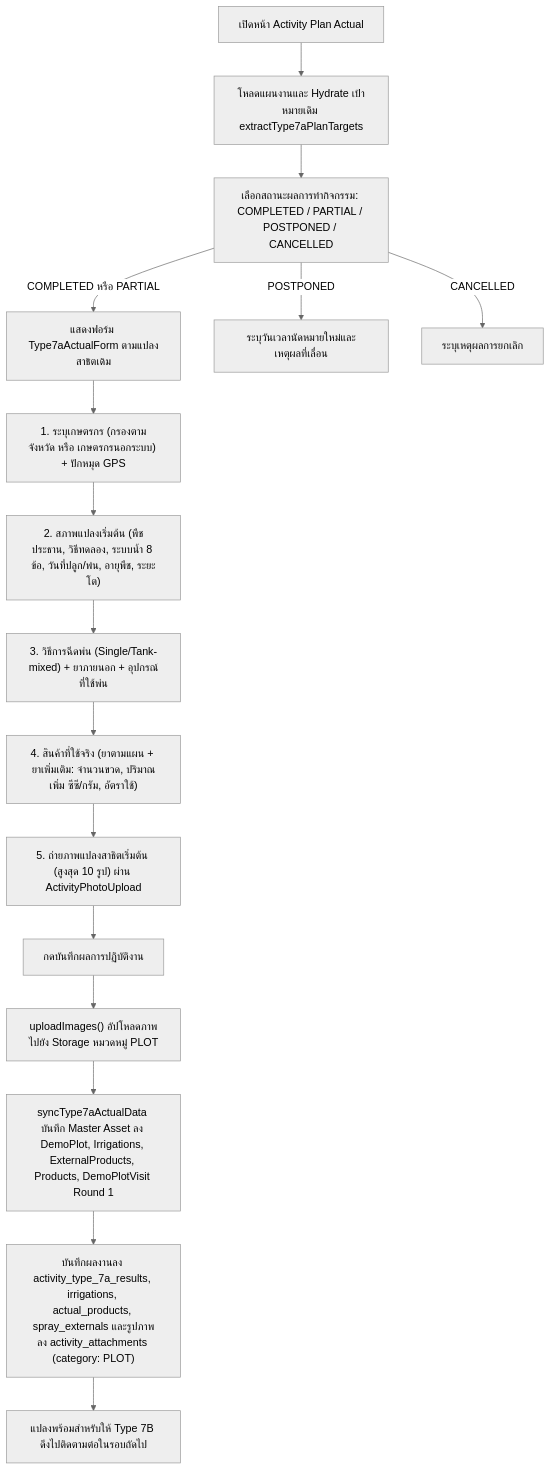
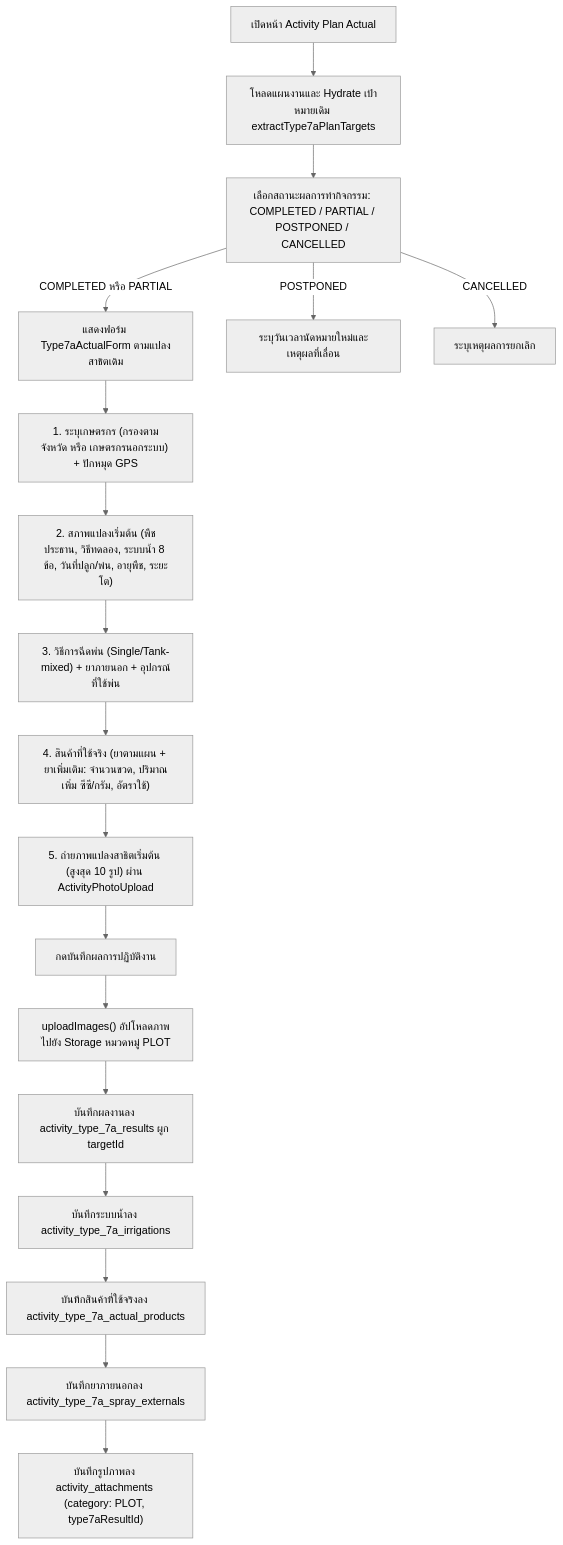
Before and after one commit to bankhk10/crm-bank: the second of 4 diagrams in modules/activity/features/type-7a/README.md, drawn with Mermaid (neutral theme). The commit also changed other lines of this file and 39 other files, not shown here.

````diff
--- a/modules/activity/features/type-7a/README.md
+++ b/modules/activity/features/type-7a/README.md
@@ -80,18 +82,20 @@
 ```mermaid
 graph TD
     A["เปิดหน้า Activity Plan Actual"] --> B["โหลดแผนงานและ Hydrate เป้าหมายเดิม extractType7aPlanTargets"]
     B --> C["เลือกสถานะผลการทำกิจกรรม: COMPLETED / PARTIAL / POSTPONED / CANCELLED"]
     C -->|"COMPLETED หรือ PARTIAL"| D["แสดงฟอร์ม Type7aActualForm ตามแปลงสาธิตเดิม"]
     D --> E["1. ระบุเกษตรกร (กรองตามจังหวัด หรือ เกษตรกรนอกระบบ) + ปักหมุด GPS"]
     E --> F["2. สภาพแปลงเริ่มต้น (พืชประธาน, วิธีทดลอง, ระบบน้ำ 8 ข้อ, วันที่ปลูก/พ่น, อายุพืช, ระยะโต)"]
     F --> G["3. วิธีการฉีดพ่น (Single/Tank-mixed) + ยาภายนอก + อุปกรณ์ที่ใช้พ่น"]
     G --> H["4. สินค้าที่ใช้จริง (ยาตามแผน + ยาเพิ่มเติม: จำนวนขวด, ปริมาณเพิ่ม ซีซี/กรัม, อัตราใช้)"]
     H --> I["5. ถ่ายภาพแปลงสาธิตเริ่มต้น (สูงสุด 10 รูป) ผ่าน ActivityPhotoUpload"]
     I --> J["กดบันทึกผลการปฏิบัติงาน"]
     J --> K["uploadImages() อัปโหลดภาพไปยัง Storage หมวดหมู่ PLOT"]
-    K --> L["syncType7aActualData บันทึก Master Asset ลง DemoPlot, Irrigations, ExternalProducts, Products, DemoPlotVisit Round 1"]
-    L --> M["บันทึกผลงานลง activity_type_7a_results, irrigations, actual_products, spray_externals และรูปภาพลง activity_attachments (category: PLOT)"]
-    M --> N["แปลงพร้อมสำหรับให้ Type 7B ดึงไปติดตามต่อในรอบถัดไป"]
-    C -->|"POSTPONED"| O["ระบุวันเวลานัดหมายใหม่และเหตุผลที่เลื่อน"]
-    C -->|"CANCELLED"| P["ระบุเหตุผลการยกเลิก"]
+    K --> L["บันทึกผลงานลง activity_type_7a_results ผูก targetId"]
+    L --> M["บันทึกระบบน้ำลง activity_type_7a_irrigations"]
+    M --> N["บันทึกสินค้าที่ใช้จริงลง activity_type_7a_actual_products"]
+    N --> O["บันทึกยาภายนอกลง activity_type_7a_spray_externals"]
+    O --> P["บันทึกรูปภาพลง activity_attachments (category: PLOT, type7aResultId)"]
+    C -->|"POSTPONED"| Q["ระบุวันเวลานัดหมายใหม่และเหตุผลที่เลื่อน"]
+    C -->|"CANCELLED"| R["ระบุเหตุผลการยกเลิก"]
 ```
````
